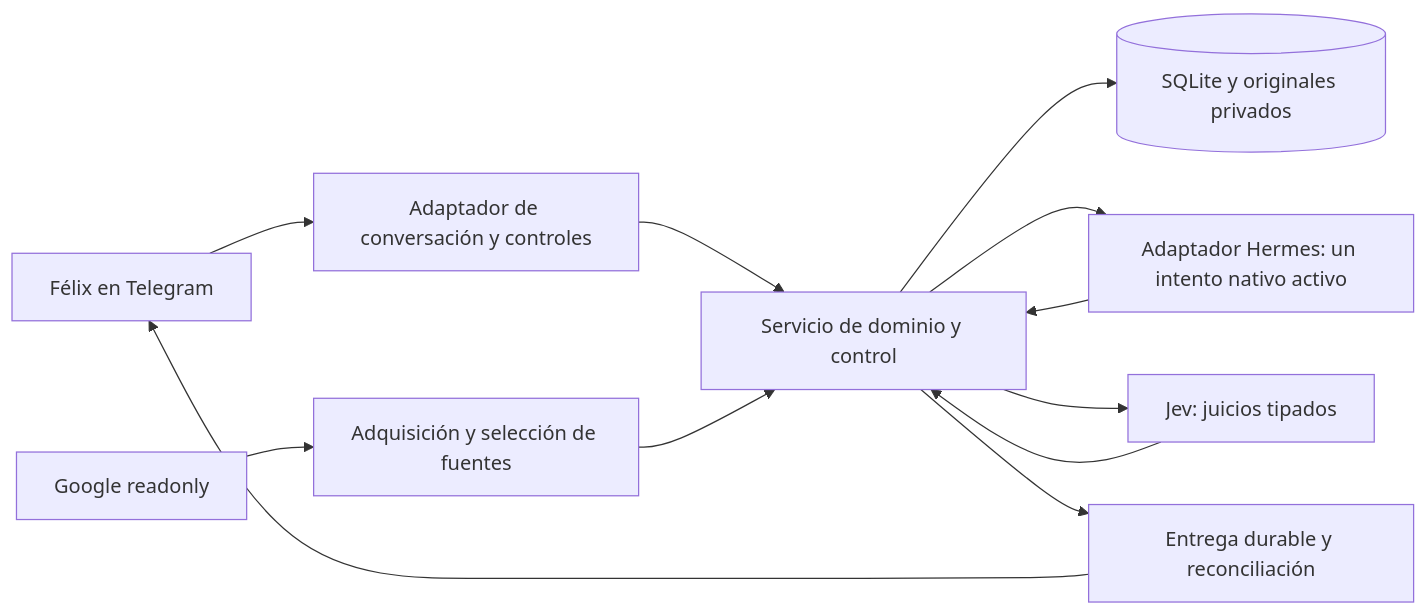
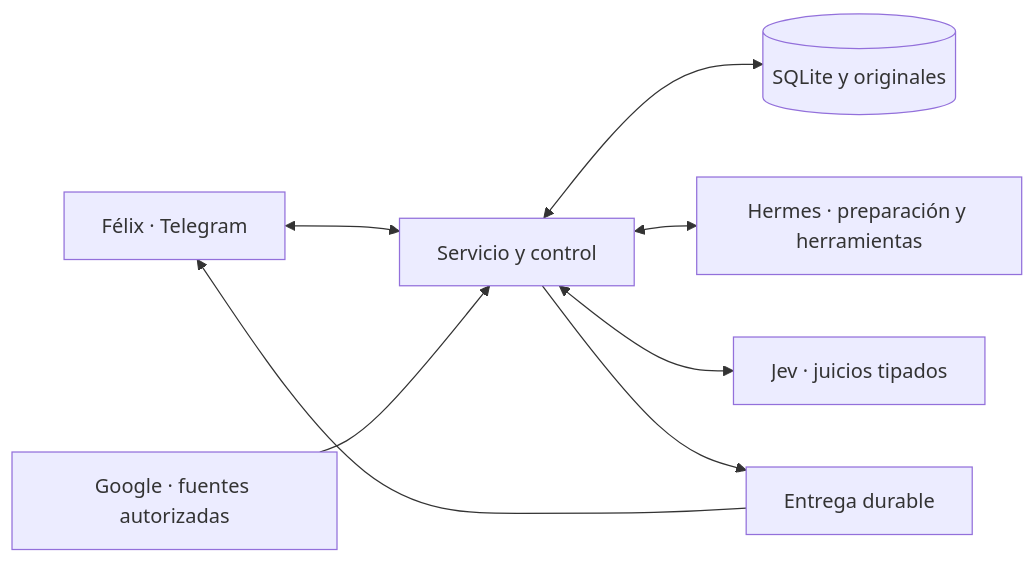
One commit to felix-antonio-sl/kora-pneuma changed the diagram in docs/gtd-felix/GUIA.md. Above: the diagram before and after it, drawn with Mermaid. The commit also changed other lines of this file and 3 other files, not shown here.

````diff
--- a/docs/gtd-felix/GUIA.md
+++ b/docs/gtd-felix/GUIA.md
@@ -247,14 +114,10 @@
 ```mermaid
 flowchart LR
-  U[Félix en Telegram] --> T[Adaptador de conversación y controles]
-  T --> S[Servicio de dominio y control]
-  S --> D[(SQLite y originales privados)]
-  S --> H[Adaptador Hermes: un intento nativo activo]
-  H --> S
-  G[Google readonly] --> F[Adquisición y selección de fuentes]
-  F --> S
-  S --> J[Jev: juicios tipados]
-  J --> S
-  S --> O[Entrega durable y reconciliación]
+  U[Félix · Telegram] <--> S[Servicio y control]
+  S <--> D[(SQLite y originales)]
+  S <--> H[Hermes · preparación y herramientas]
+  S <--> J[Jev · juicios tipados]
+  G[Google · fuentes autorizadas] --> S
+  S --> O[Entrega durable]
   O --> U
 ```
````
